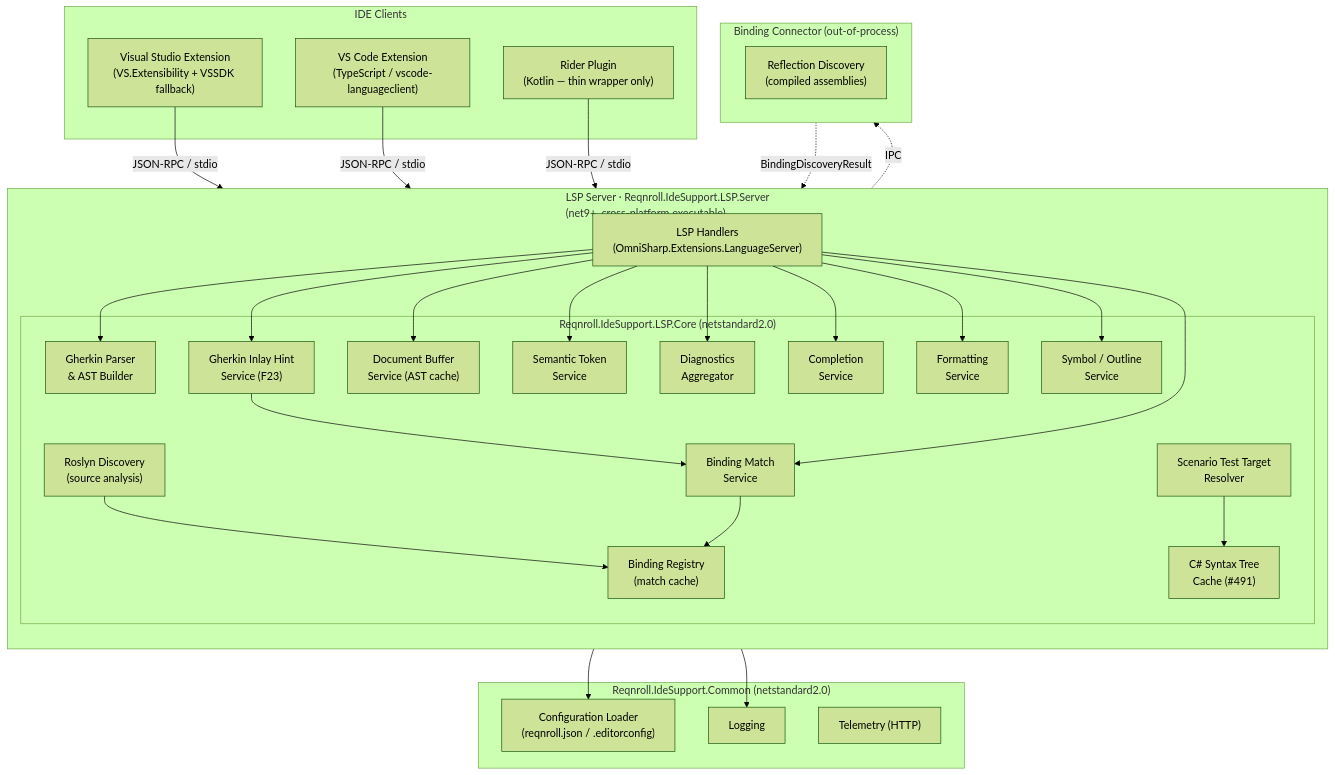
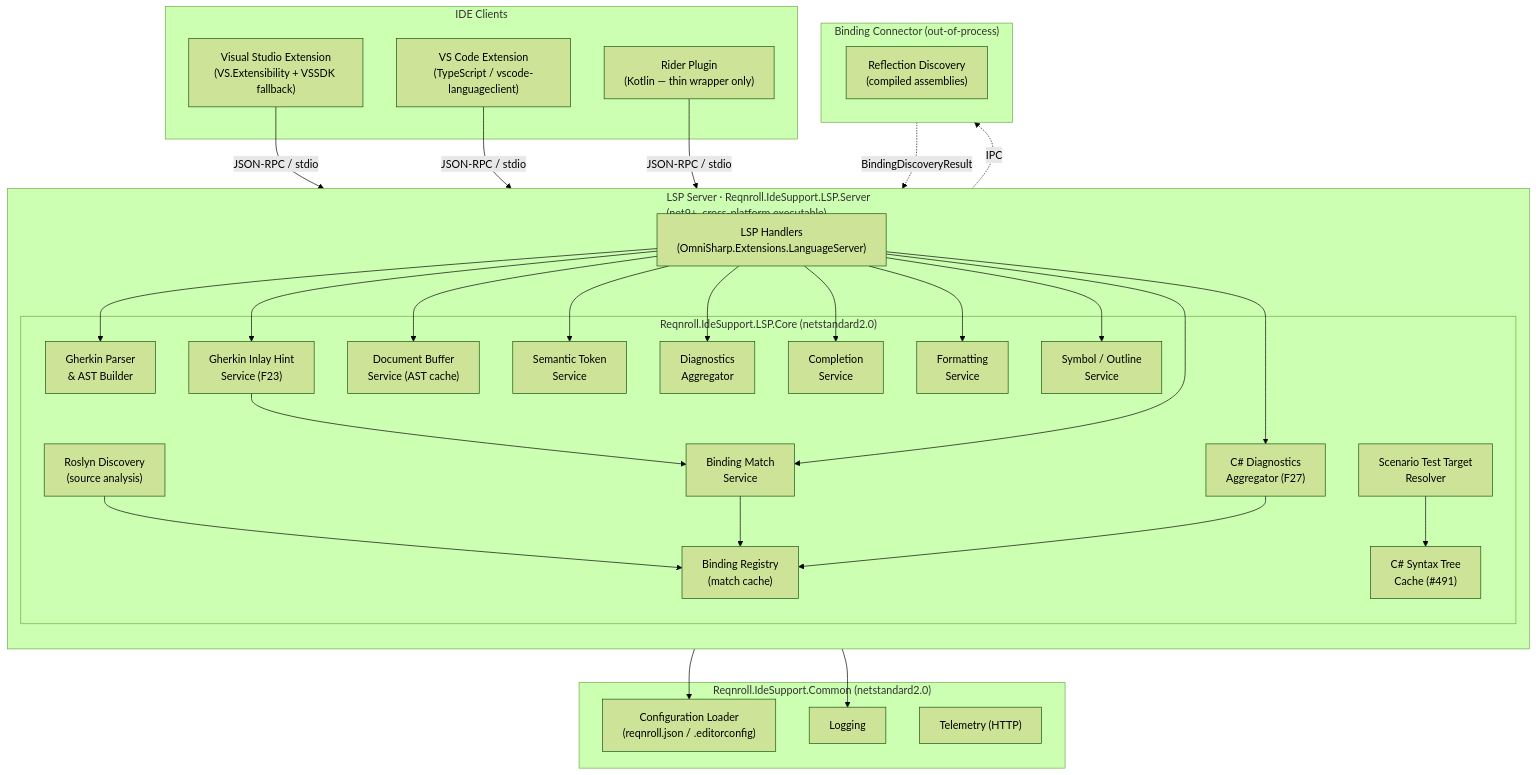
Before and after one commit to reqnroll/Reqnroll.IdeSupport: the diagram in docs/LSP-IDE-Support-Architecture.md, drawn with Mermaid (forest theme). The commit also changed other lines of this file and 1 other file, not shown here.

First line of the commit message:
Document the new .cs binding-validation diagnostics capability (issue #514)

````diff
--- a/docs/LSP-IDE-Support-Architecture.md
+++ b/docs/LSP-IDE-Support-Architecture.md
@@ -126,63 +126,66 @@
 ```mermaid
 graph TB
     subgraph Editors["IDE Clients"]
         VSCode["VS Code Extension\n(TypeScript / vscode-languageclient)"]
         VS["Visual Studio Extension\n(VS.Extensibility + VSSDK fallback)"]
         Rider["Rider Plugin\n(Kotlin — thin wrapper only)"]
     end
 
     subgraph Server["LSP Server  ·  Reqnroll.IdeSupport.LSP.Server\n(net9+, cross-platform executable)"]
         direction TB
         Handlers["LSP Handlers\n(OmniSharp.Extensions.LanguageServer)"]
 
         subgraph Core["Reqnroll.IdeSupport.LSP.Core  (netstandard2.0)"]
             GherkinParser["Gherkin Parser\n& AST Builder"]
             DocBuffer["Document Buffer\nService (AST cache)"]
             RoslynDiscovery["Roslyn Discovery\n(source analysis)"]
             BindingRegistry["Binding Registry\n(match cache)"]
             SemTokenSvc["Semantic Token\nService"]
             DiagSvc["Diagnostics\nAggregator"]
+            CSharpDiagSvc["C# Diagnostics\nAggregator (F27)"]
             CompletionSvc["Completion\nService"]
             FmtSvc["Formatting\nService"]
             BindingMatch["Binding Match\nService"]
             SymbolSvc["Symbol / Outline\nService"]
             InlayHintSvc["Gherkin Inlay Hint\nService (F23)"]
             CSharpTreeCache["C# Syntax Tree\nCache (#491)"]
             TestTargetResolver["Scenario Test Target\nResolver"]
 
             RoslynDiscovery --> BindingRegistry
             BindingMatch --> BindingRegistry
             InlayHintSvc --> BindingMatch
             TestTargetResolver --> CSharpTreeCache
+            CSharpDiagSvc --> BindingRegistry
         end
 
         Handlers --> GherkinParser
         Handlers --> DocBuffer
         Handlers --> SemTokenSvc
         Handlers --> DiagSvc
+        Handlers --> CSharpDiagSvc
         Handlers --> CompletionSvc
         Handlers --> FmtSvc
         Handlers --> BindingMatch
         Handlers --> SymbolSvc
         Handlers --> InlayHintSvc
     end
 
     subgraph Connector["Binding Connector  (out-of-process)"]
         ReflectionDiscovery["Reflection Discovery\n(compiled assemblies)"]
     end
 
     subgraph Common["Reqnroll.IdeSupport.Common  (netstandard2.0)"]
         ConfigLoader["Configuration Loader\n(reqnroll.json / .editorconfig)"]
         Logging["Logging"]
         Telemetry["Telemetry (HTTP)"]
     end
 
     VS     -->|"JSON-RPC / stdio"| Handlers
     VSCode -->|"JSON-RPC / stdio"| Handlers
     Rider  -->|"JSON-RPC / stdio"| Handlers
 
     Core   --> ConfigLoader
     Core   --> Logging
     Server -.->|"IPC"| Connector
     Connector -.->|"BindingDiscoveryResult"| BindingRegistry
 ```
````
